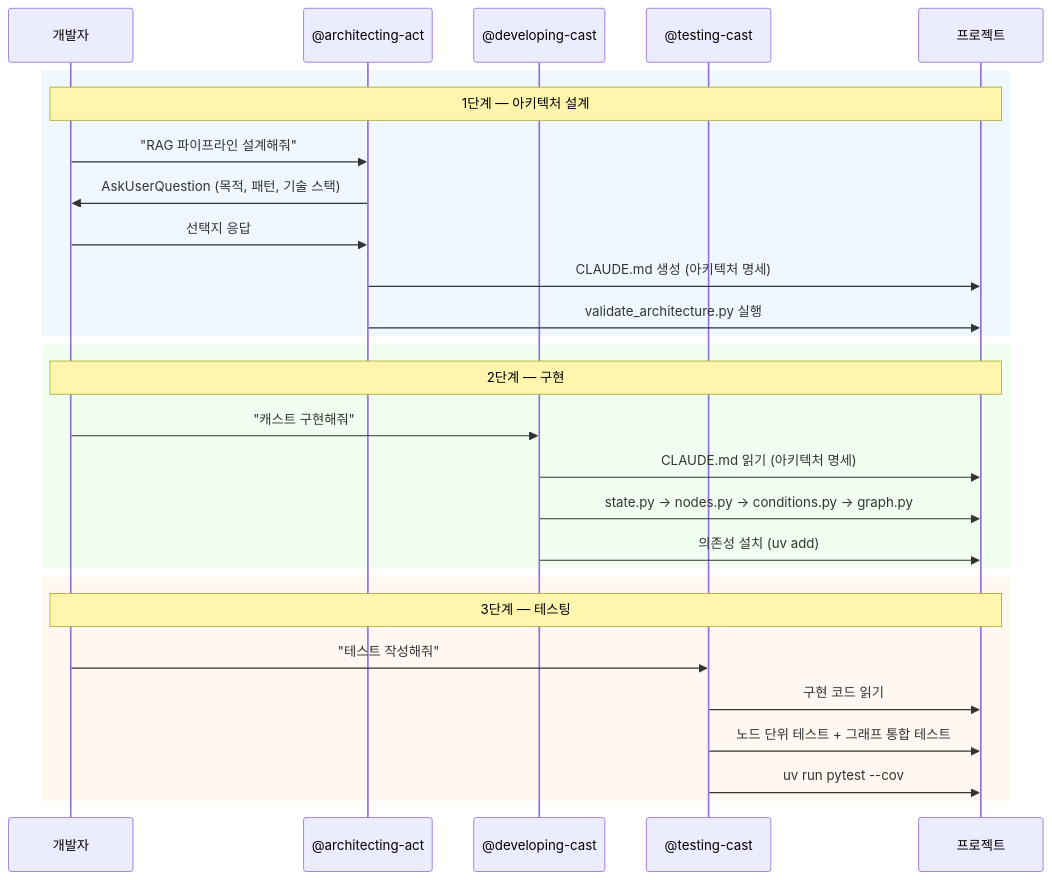
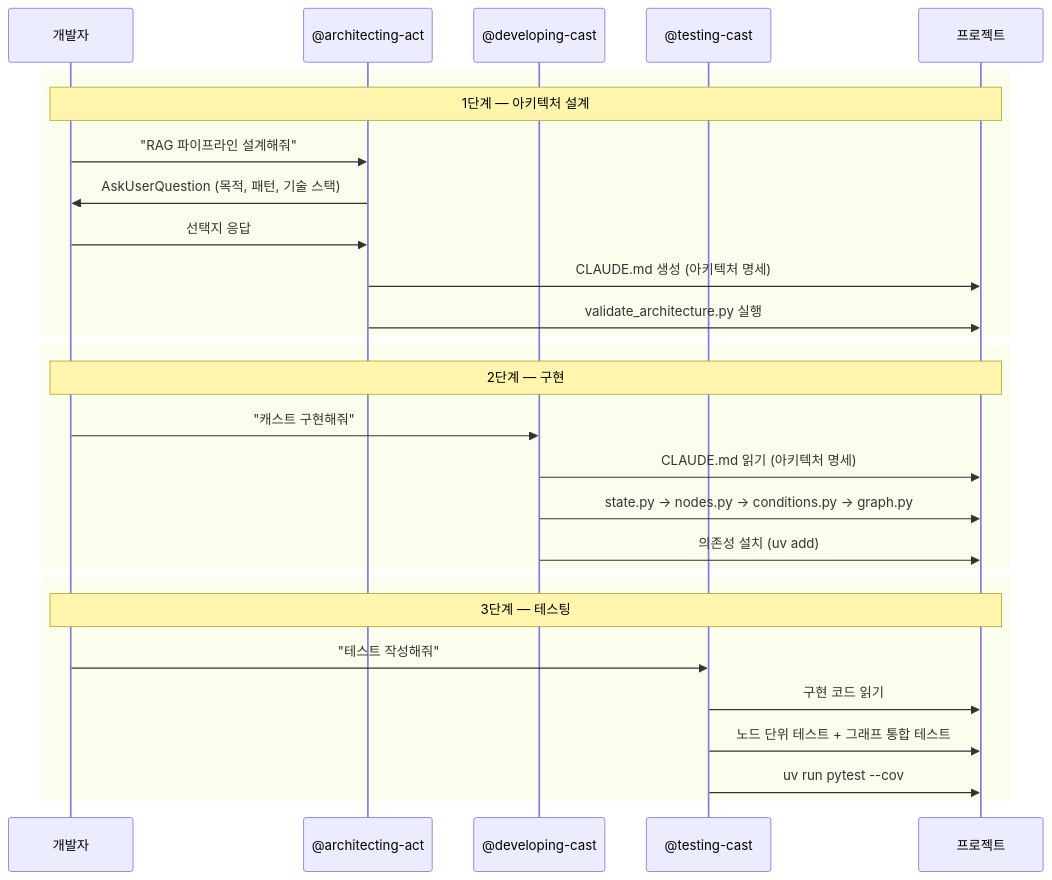
Before and after one commit to Proact0/act-operator: the third of 3 diagrams in README_KR.md, drawn with Mermaid. The commit also changed 1 other file, not shown here.

Commit message:
docs: remove background colors from sequence diagram rectangles in README for a cleaner presentation

````diff
--- a/README_KR.md
+++ b/README_KR.md
@@ -235,33 +235,33 @@
 ```mermaid
 sequenceDiagram
     participant U as 개발자
     participant AA as @architecting-act
     participant DC as @developing-cast
     participant TC as @testing-cast
     participant P as 프로젝트
 
-    rect rgb(240, 248, 255)
+    rect
         Note over U,P: 1단계 — 아키텍처 설계
         U->>AA: "RAG 파이프라인 설계해줘"
         AA->>U: AskUserQuestion (목적, 패턴, 기술 스택)
         U->>AA: 선택지 응답
         AA->>P: CLAUDE.md 생성 (아키텍처 명세)
         AA->>P: validate_architecture.py 실행
     end
 
-    rect rgb(240, 255, 240)
+    rect
         Note over U,P: 2단계 — 구현
         U->>DC: "캐스트 구현해줘"
         DC->>P: CLAUDE.md 읽기 (아키텍처 명세)
         DC->>P: state.py → nodes.py → conditions.py → graph.py
         DC->>P: 의존성 설치 (uv add)
     end
 
-    rect rgb(255, 248, 240)
+    rect
         Note over U,P: 3단계 — 테스팅
         U->>TC: "테스트 작성해줘"
         TC->>P: 구현 코드 읽기
         TC->>P: 노드 단위 테스트 + 그래프 통합 테스트
         TC->>P: uv run pytest --cov
     end
 ```
````
